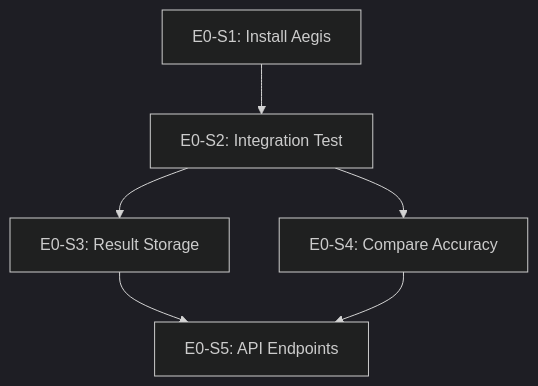
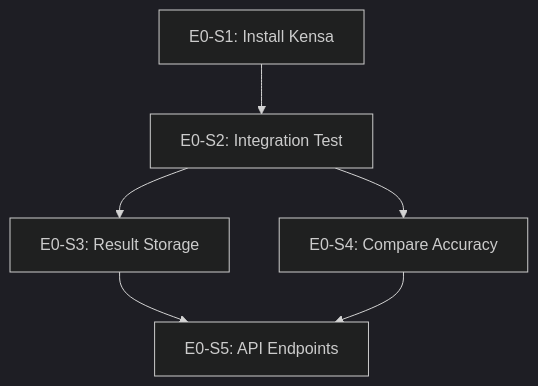
Before and after one commit to Hanalyx/OpenWatch: the diagram in PRD/epics/E0-SCAN-ACCURACY.md, drawn with Mermaid (dark theme). The commit also changed other lines of this file and 537 other files, not shown here.

````diff
--- a/PRD/epics/E0-SCAN-ACCURACY.md
+++ b/PRD/epics/E0-SCAN-ACCURACY.md
@@ -245,8 +245,8 @@
 ```mermaid
 graph TD
-    S1[E0-S1: Install Aegis] --> S2[E0-S2: Integration Test]
+    S1[E0-S1: Install Kensa] --> S2[E0-S2: Integration Test]
     S2 --> S3[E0-S3: Result Storage]
     S2 --> S4[E0-S4: Compare Accuracy]
     S3 --> S5[E0-S5: API Endpoints]
     S4 --> S5
 ```
````
